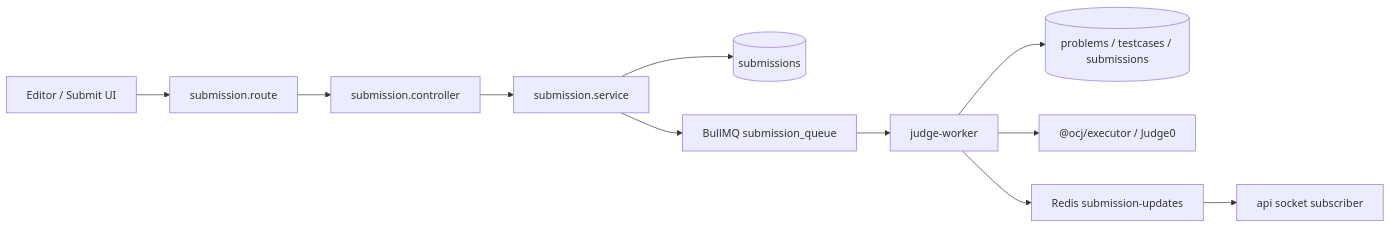
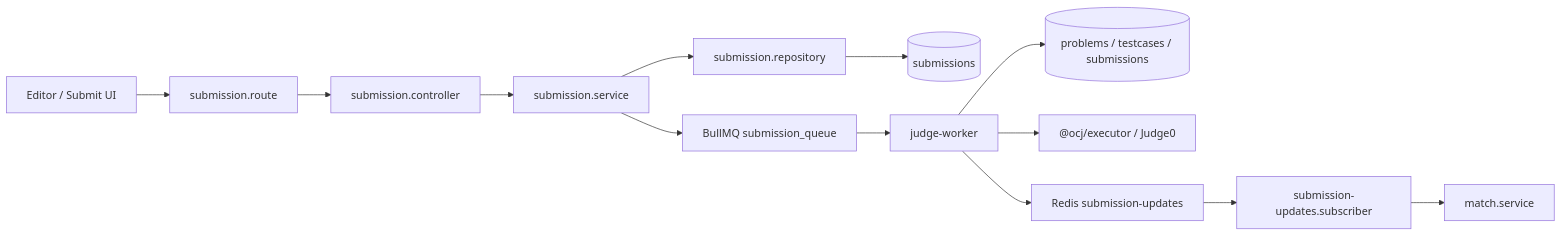
The third of 4 diagrams in docs/feature-flows.md (jack1e2401/fessior), drawn with Mermaid before and after one commit. The commit also changed other lines of this file and 55 other files, not shown here.

````diff
--- a/docs/feature-flows.md
+++ b/docs/feature-flows.md
@@ -56,13 +63,15 @@
 ```mermaid
 flowchart LR
   FE[Editor / Submit UI] --> API[submission.route]
   API --> Controller[submission.controller]
   Controller --> Service[submission.service]
-  Service --> MySQL[(submissions)]
+  Service --> Repo[submission.repository]
+  Repo --> MySQL[(submissions)]
   Service --> Queue[BullMQ submission_queue]
   Queue --> Worker[judge-worker]
   Worker --> MySQL2[(problems / testcases / submissions)]
   Worker --> Executor["@ocj/executor / Judge0"]
   Worker --> PubSub[Redis submission-updates]
-  PubSub --> Socket[api socket subscriber]
+  PubSub --> Subscriber[submission-updates.subscriber]
+  Subscriber --> MatchService[match.service]
 ```
````
